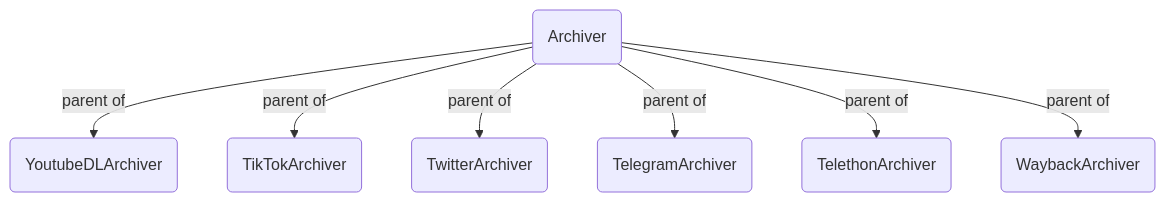
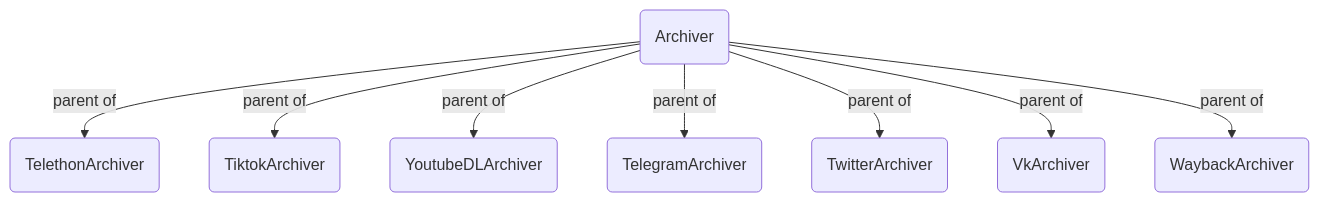
Before and after one commit to bellingcat/auto-archiver: the first of 2 diagrams in README.md, drawn with Mermaid. The commit also changed other lines of this file and 1 other file, not shown here.

Commit message:
fixing auto_auto_archive

````diff
--- a/README.md
+++ b/README.md
@@ -156,9 +156,10 @@
 ```mermaid
 graph TD
-    A(Archiver) -->|parent of| B(YoutubeDLArchiver)
-    A -->|parent of| C(TikTokArchiver)
-    A -->|parent of| D(TwitterArchiver)
+    A(Archiver) -->|parent of| B(TelethonArchiver)
+    A -->|parent of| C(TiktokArchiver)
+    A -->|parent of| D(YoutubeDLArchiver)
     A -->|parent of| E(TelegramArchiver)
-    A -->|parent of| F(TelethonArchiver)
-    A -->|parent of| G(WaybackArchiver)
+    A -->|parent of| F(TwitterArchiver)
+    A -->|parent of| G(VkArchiver)
+    A -->|parent of| H(WaybackArchiver)
 ```
````
